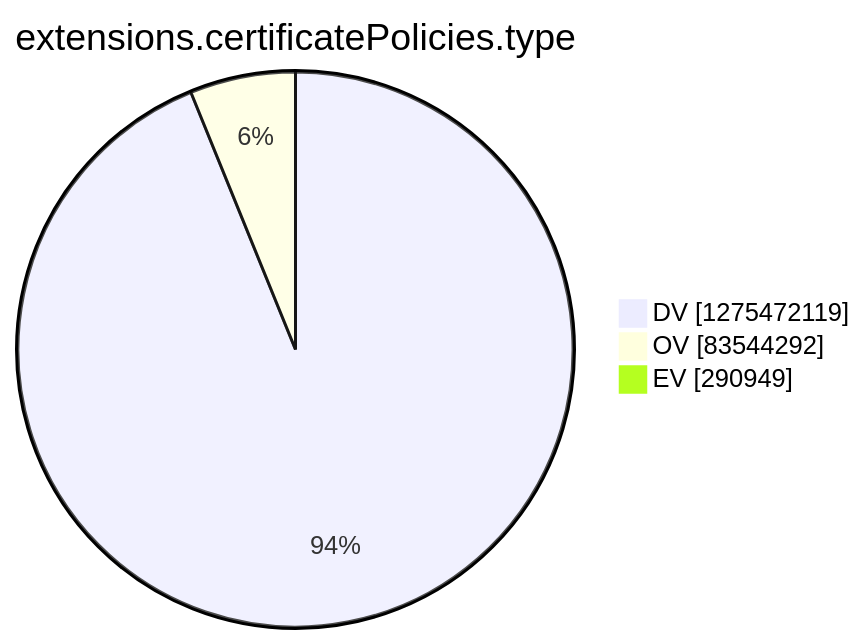
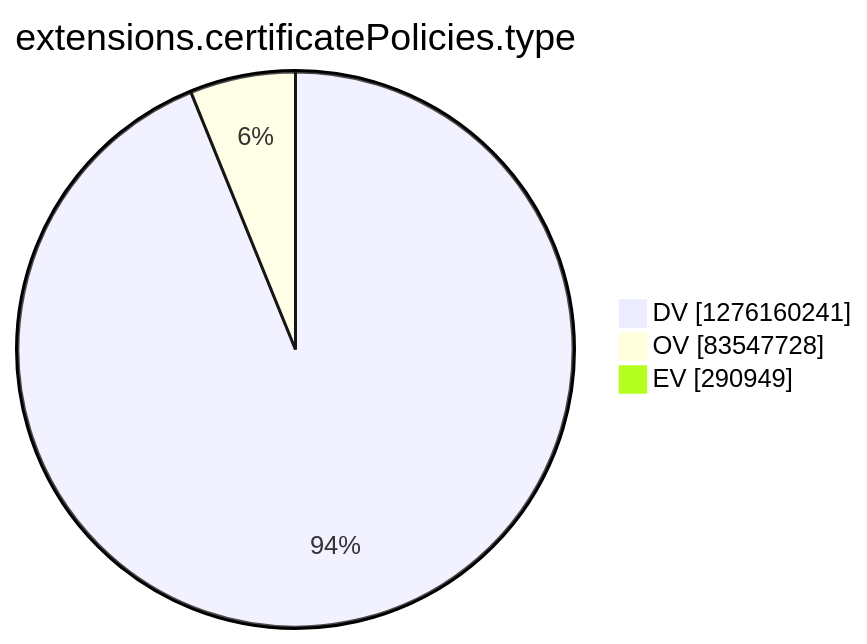
One commit to christiankrug/ctmonitor_visualization changed the tenth of 15 diagrams in argon2022/README.md. Above: the diagram before and after it, drawn with Mermaid. The commit also changed other lines of this file, not shown here.

````diff
--- a/argon2022/README.md
+++ b/argon2022/README.md
@@ -2771,7 +2771,7 @@
 ```mermaid
 pie showData
 title extensions.certificatePolicies.type
-"DV" :1275472119
-"OV" :83544292
+"DV" :1276160241
+"OV" :83547728
 "EV" :290949
 ```
````
